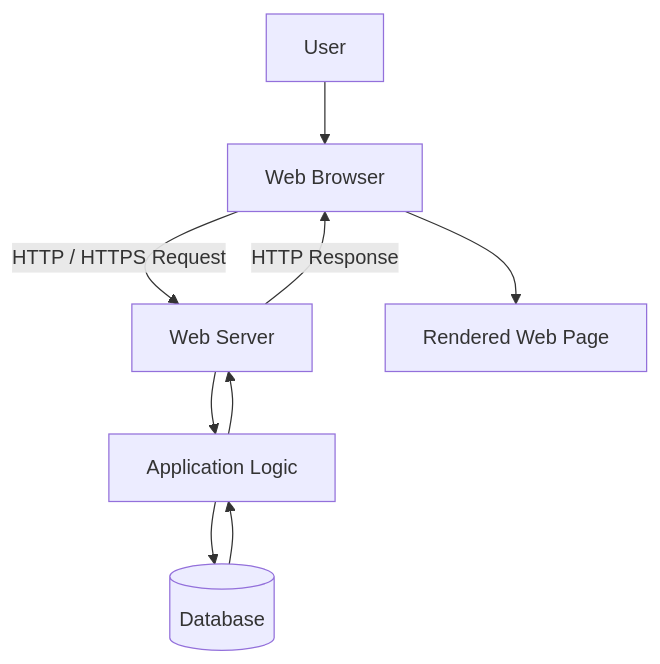
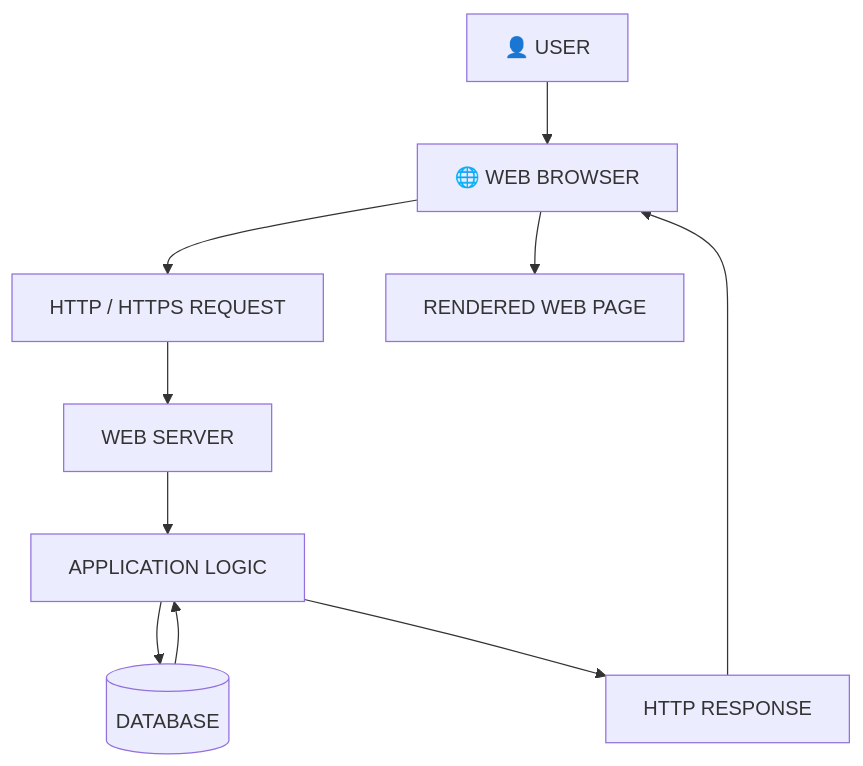
Before and after one commit to GhostMaskR/Web-Application-Basics: the second of 5 diagrams in README.md, drawn with Mermaid. The commit also changed other lines of this file, not shown here.

````diff
--- a/README.md
+++ b/README.md
@@ -98,11 +106,12 @@
 ```mermaid
 flowchart TD
-    A[User] --> B[Web Browser]
-    B -->|HTTP / HTTPS Request| C[Web Server]
-    C --> D[Application Logic]
-    D --> E[(Database)]
-    E --> D
-    D --> C
-    C -->|HTTP Response| B
-    B --> F[Rendered Web Page]
+    A["👤 USER"] --> B["🌐 WEB BROWSER"]
+    B --> C["HTTP / HTTPS REQUEST"]
+    C --> D["WEB SERVER"]
+    D --> E["APPLICATION LOGIC"]
+    E --> F[("DATABASE")]
+    F --> E
+    E --> G["HTTP RESPONSE"]
+    G --> B
+    B --> H["RENDERED WEB PAGE"]
 ```
````
